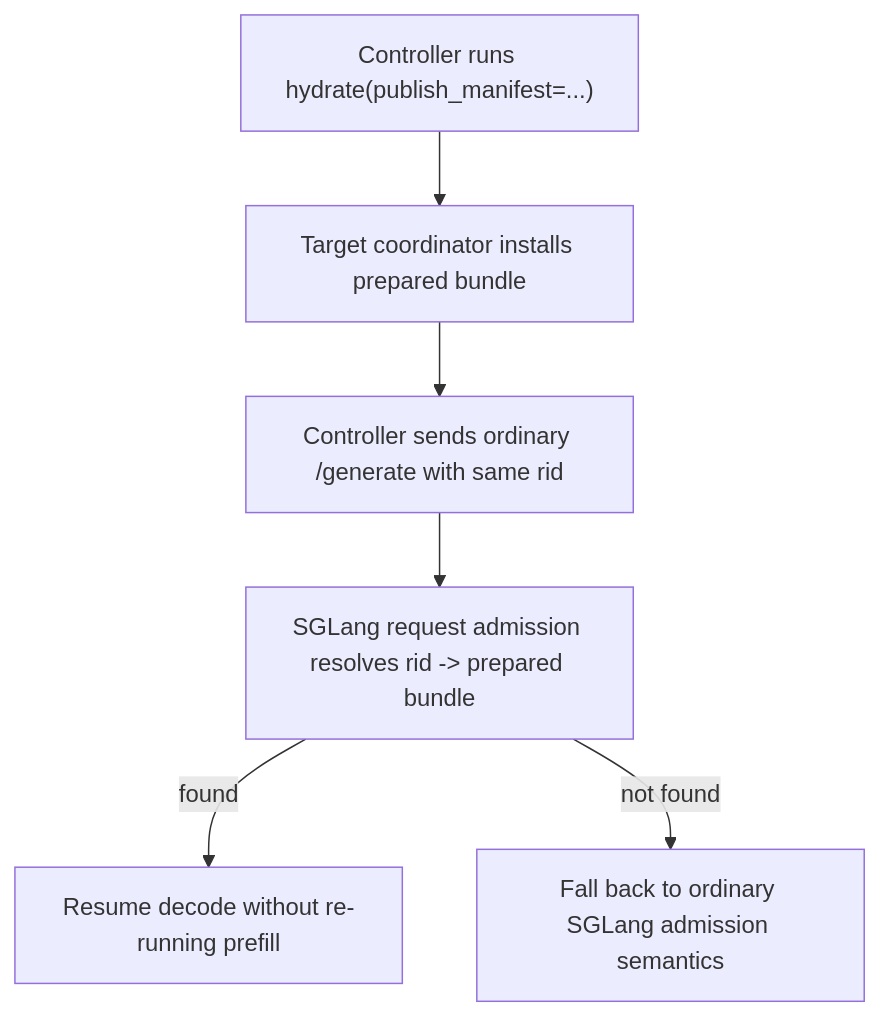
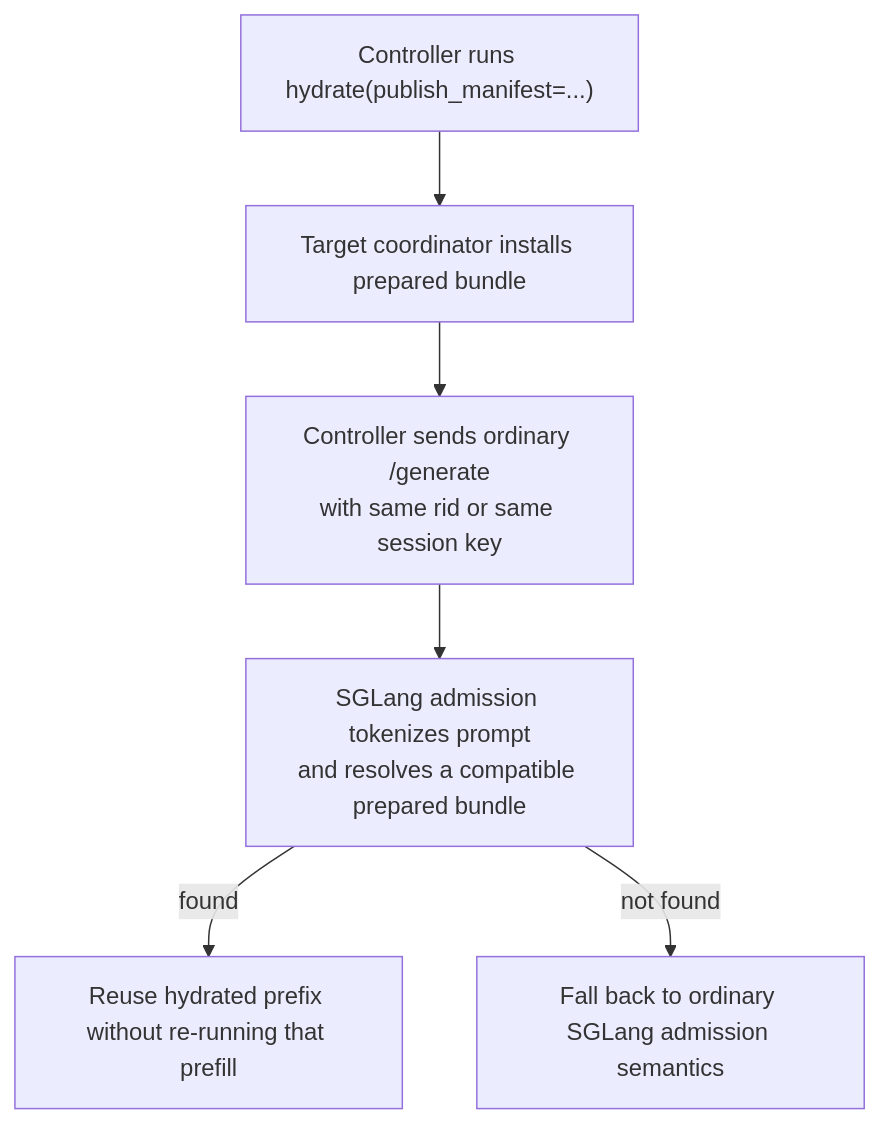
Diagram 19 of 24 in docs/tensorcast/tensorcast_kv_integration.md (tensorcast-ai/sglang), drawn with Mermaid before and after one commit. The commit also changed other lines of this file and 33 other files, not shown here.

````diff
--- a/docs/tensorcast/tensorcast_kv_integration.md
+++ b/docs/tensorcast/tensorcast_kv_integration.md
@@ -1897,8 +2118,8 @@
 ```mermaid
 flowchart TD
     A["Controller runs hydrate(publish_manifest=...)"] --> B["Target coordinator installs prepared bundle"]
-    B --> C["Controller sends ordinary /generate with same rid"]
-    C --> D["SGLang request admission resolves rid -> prepared bundle"]
-    D -->|found| E["Resume decode without re-running prefill"]
+    B --> C["Controller sends ordinary /generate<br/>with same rid or same session key"]
+    C --> D["SGLang admission tokenizes prompt<br/>and resolves a compatible prepared bundle"]
+    D -->|found| E["Reuse hydrated prefix without re-running that prefill"]
     D -->|not found| F["Fall back to ordinary SGLang admission semantics"]
 ```
````
